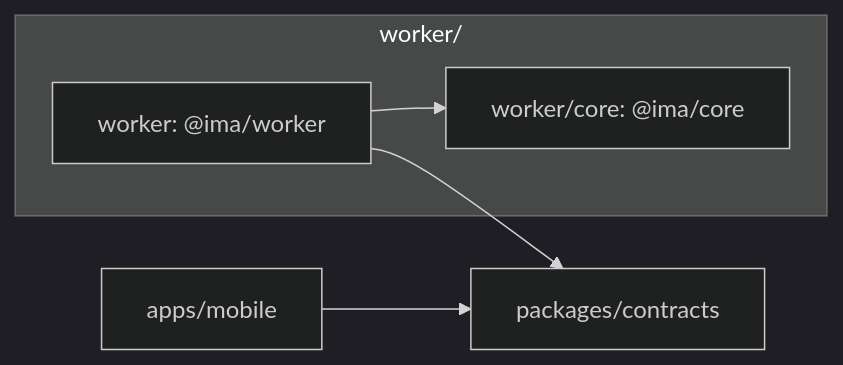
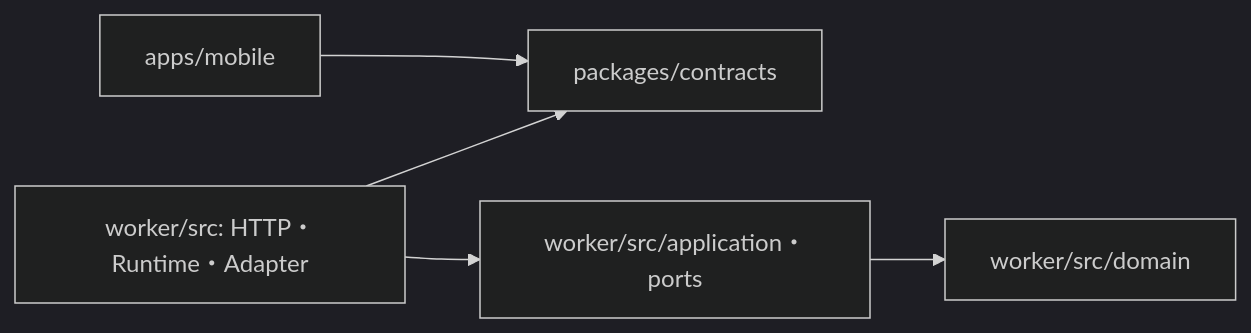
The first of 2 diagrams in docs/architecture/architecture.md (takapom/ima-app), drawn with Mermaid (dark theme) before and after one commit. The commit also changed other lines of this file and 38 other files, not shown here.

````diff
--- a/docs/architecture/architecture.md
+++ b/docs/architecture/architecture.md
@@ -7,8 +7,7 @@
 ```mermaid
 flowchart LR
   Mobile[apps/mobile] --> Contracts[packages/contracts]
-  subgraph Backend[worker/]
-    Worker["worker: @ima/worker"] --> Core["worker/core: @ima/core"]
-  end
-  Worker --> Contracts
+  Worker[worker/src: HTTP・Runtime・Adapter] --> Contracts
+  Worker --> Application[worker/src/application・ports]
+  Application --> Domain[worker/src/domain]
 ```
````
